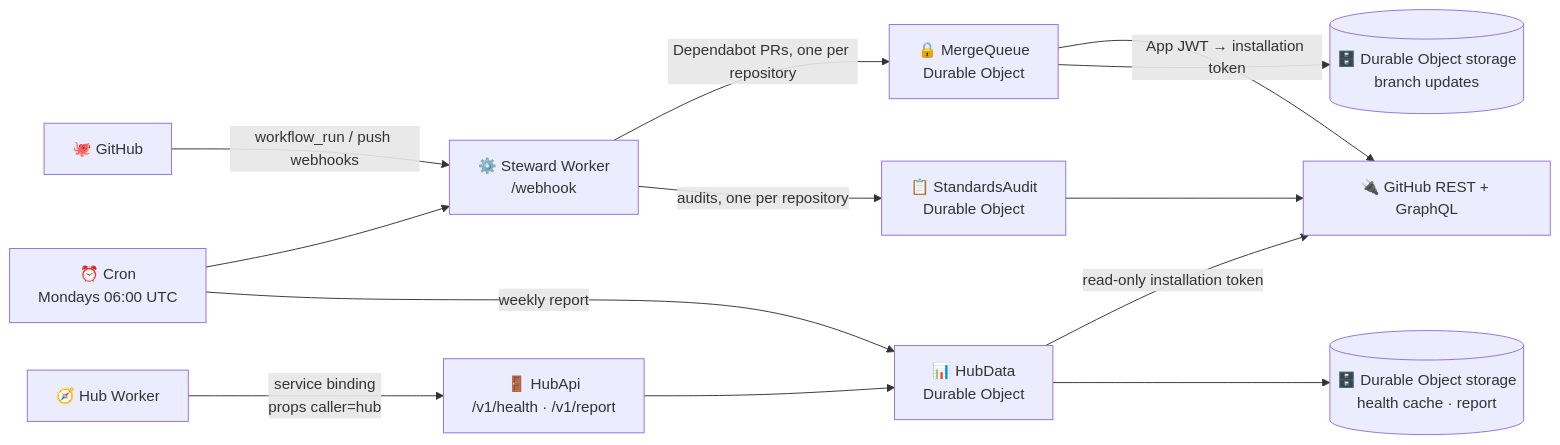
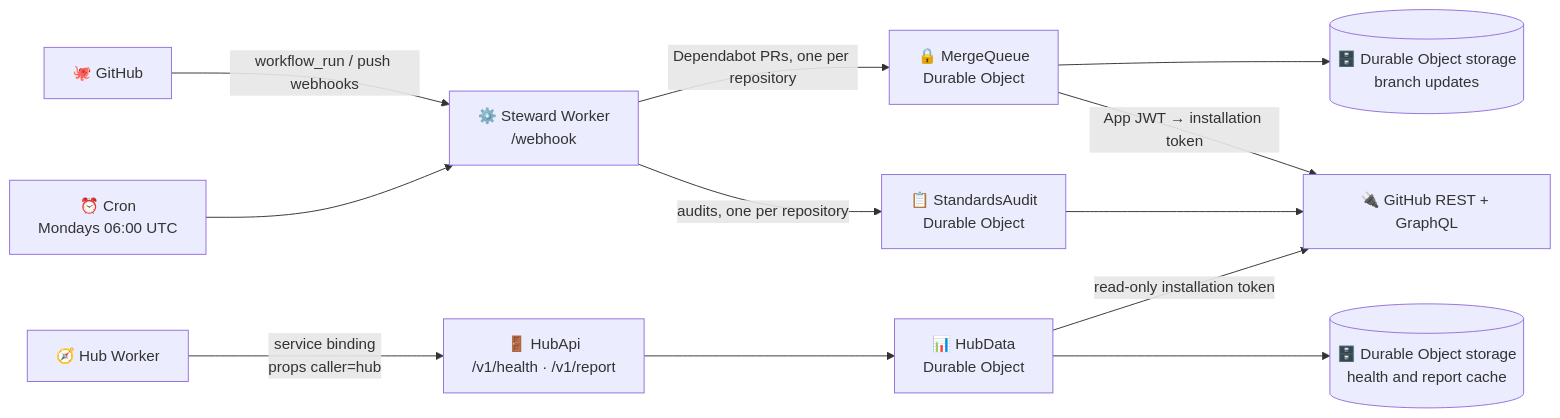
Before and after one commit to Isma-L154/Steward: the diagram in README.md, drawn with Mermaid. The commit also changed other lines of this file and 6 other files, not shown here.

First line of the commit message:
fix: refresh the hub report with health every 5 minutes

````diff
--- a/README.md
+++ b/README.md
@@ -42,15 +42,14 @@
 ```mermaid
 flowchart LR
     GH["🐙 GitHub"] -- "workflow_run / push webhooks" --> W["⚙️ Steward Worker<br/>/webhook"]
     C["⏰ Cron<br/>Mondays 06:00 UTC"] --> W
     W -- "Dependabot PRs, one per repository" --> Q["🔒 MergeQueue<br/>Durable Object"]
     W -- "audits, one per repository" --> A["📋 StandardsAudit<br/>Durable Object"]
     Q -- "App JWT → installation token" --> API["🔌 GitHub REST + GraphQL"]
     A --> API
     Q --> S[("🗄️ Durable Object storage<br/>branch updates")]
     H["🧭 Hub Worker"] -- "service binding<br/>props caller=hub" --> HA["🚪 HubApi<br/>/v1/health · /v1/report"]
     HA --> HD["📊 HubData<br/>Durable Object"]
-    C -- "weekly report" --> HD
     HD -- "read-only installation token" --> API
-    HD --> S2[("🗄️ Durable Object storage<br/>health cache · report")]
+    HD --> S2[("🗄️ Durable Object storage<br/>health and report cache")]
 ```
````
